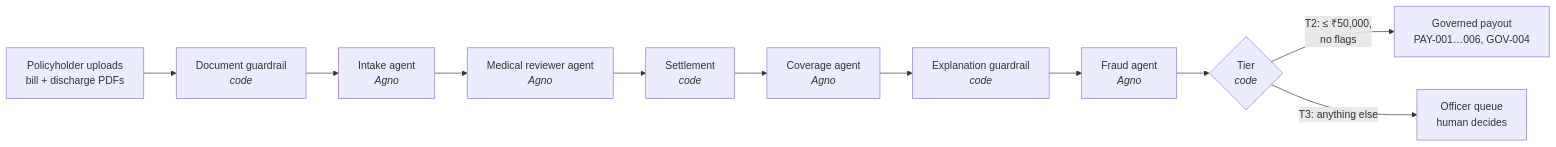
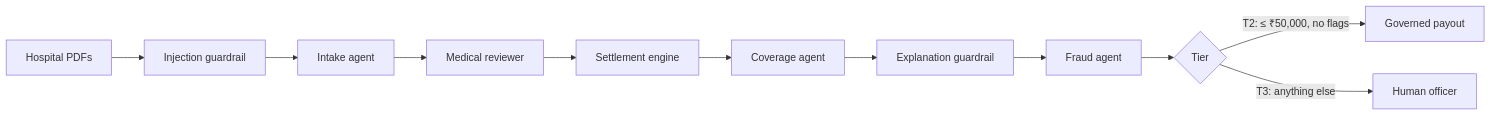
Before and after one commit to PathuT/Claim-Guard: the diagram in README.md, drawn with Mermaid. The commit also changed other lines of this file and 6 other files, not shown here.

````diff
--- a/README.md
+++ b/README.md
@@ -80,13 +26,8 @@
 ```mermaid
 flowchart LR
-    U[Policyholder uploads<br/>bill + discharge PDFs] --> G1[Document guardrail<br/><i>code</i>]
-    G1 --> I[Intake agent<br/><i>Agno</i>]
-    I --> M[Medical reviewer agent<br/><i>Agno</i>]
-    M --> S[Settlement<br/><i>code</i>]
-    S --> C[Coverage agent<br/><i>Agno</i>]
-    C --> G2[Explanation guardrail<br/><i>code</i>]
-    G2 --> F[Fraud agent<br/><i>Agno</i>]
-    F --> T{Tier<br/><i>code</i>}
-    T -- "T2: ≤ ₹50,000,<br/>no flags" --> P[Governed payout<br/>PAY-001…006, GOV-004]
-    T -- "T3: anything else" --> H[Officer queue<br/>human decides]
+    PDF[Hospital PDFs] --> G1[Injection guardrail] --> I[Intake agent] --> M[Medical reviewer]
+    M --> S[Settlement engine] --> C[Coverage agent] --> G2[Explanation guardrail] --> F[Fraud agent]
+    F --> T{Tier}
+    T -- "T2: ≤ ₹50,000, no flags" --> P[Governed payout]
+    T -- "T3: anything else" --> H[Human officer]
 ```
````
